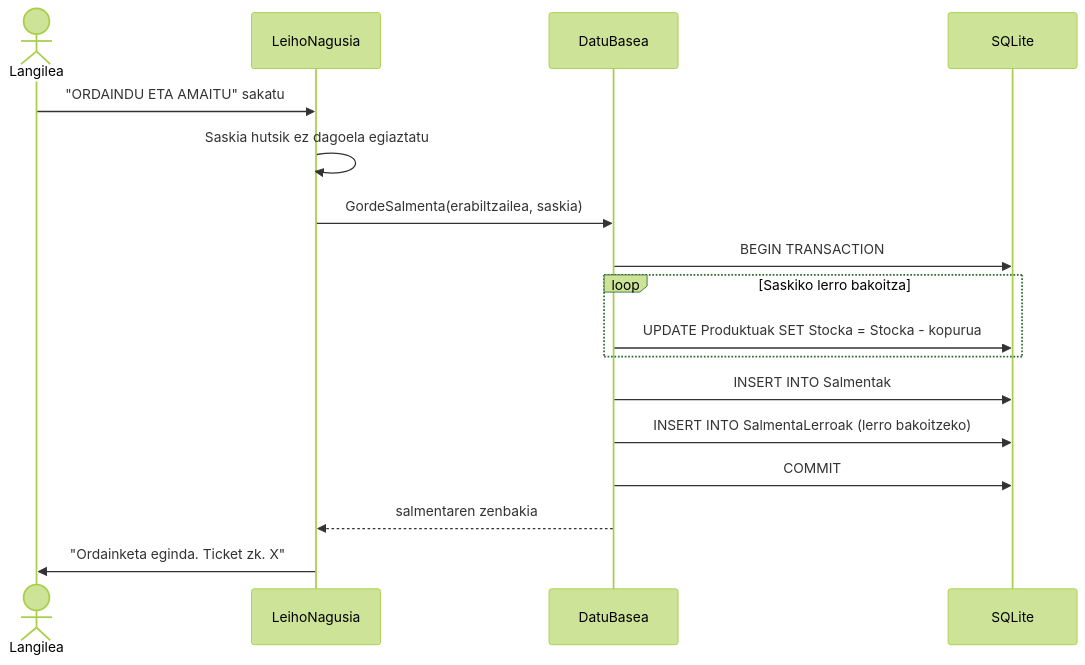
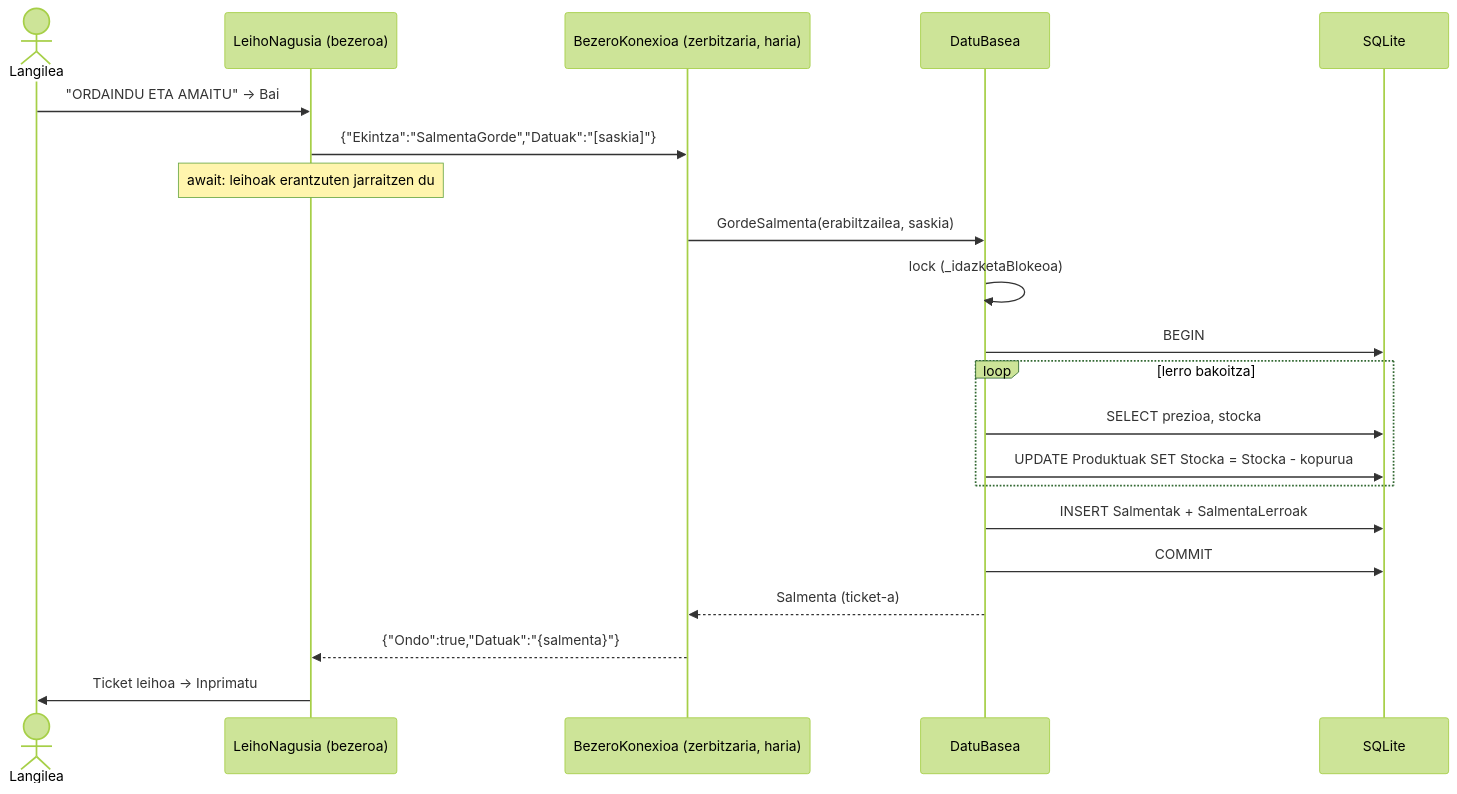
Before and after one commit to danelDAM/TPV: the second of 3 diagrams in docs/DOKUMENTAZIOA.md, drawn with Mermaid (forest theme). The commit also changed other lines of this file and 39 other files, not shown here.

First line of the commit message:
Bezero-zerbitzari arkitektura: TCP zerbitzaria, ticket-a inprimatu, data gabeko erreserbak eta dokumentazioa

````diff
--- a/docs/DOKUMENTAZIOA.md
+++ b/docs/DOKUMENTAZIOA.md
@@ -149,20 +232,24 @@
 ```mermaid
 sequenceDiagram
     actor L as Langilea
-    participant I as LeihoNagusia
+    participant W as LeihoNagusia (bezeroa)
+    participant Z as BezeroKonexioa (zerbitzaria, haria)
     participant D as DatuBasea
     participant S as SQLite
 
-    L->>I: "ORDAINDU ETA AMAITU" sakatu
-    I->>I: Saskia hutsik ez dagoela egiaztatu
-    I->>D: GordeSalmenta(erabiltzailea, saskia)
-    D->>S: BEGIN TRANSACTION
-    loop Saskiko lerro bakoitza
+    L->>W: "ORDAINDU ETA AMAITU" → Bai
+    W->>Z: {"Ekintza":"SalmentaGorde","Datuak":"[saskia]"}
+    Note over W: await: leihoak erantzuten jarraitzen du
+    Z->>D: GordeSalmenta(erabiltzailea, saskia)
+    D->>D: lock (_idazketaBlokeoa)
+    D->>S: BEGIN
+    loop lerro bakoitza
+        D->>S: SELECT prezioa, stocka
         D->>S: UPDATE Produktuak SET Stocka = Stocka - kopurua
     end
-    D->>S: INSERT INTO Salmentak
-    D->>S: INSERT INTO SalmentaLerroak (lerro bakoitzeko)
+    D->>S: INSERT Salmentak + SalmentaLerroak
     D->>S: COMMIT
-    D-->>I: salmentaren zenbakia
-    I->>L: "Ordainketa eginda. Ticket zk. X"
+    D-->>Z: Salmenta (ticket-a)
+    Z-->>W: {"Ondo":true,"Datuak":"{salmenta}"}
+    W->>L: Ticket leihoa → Inprimatu
 ```
````
